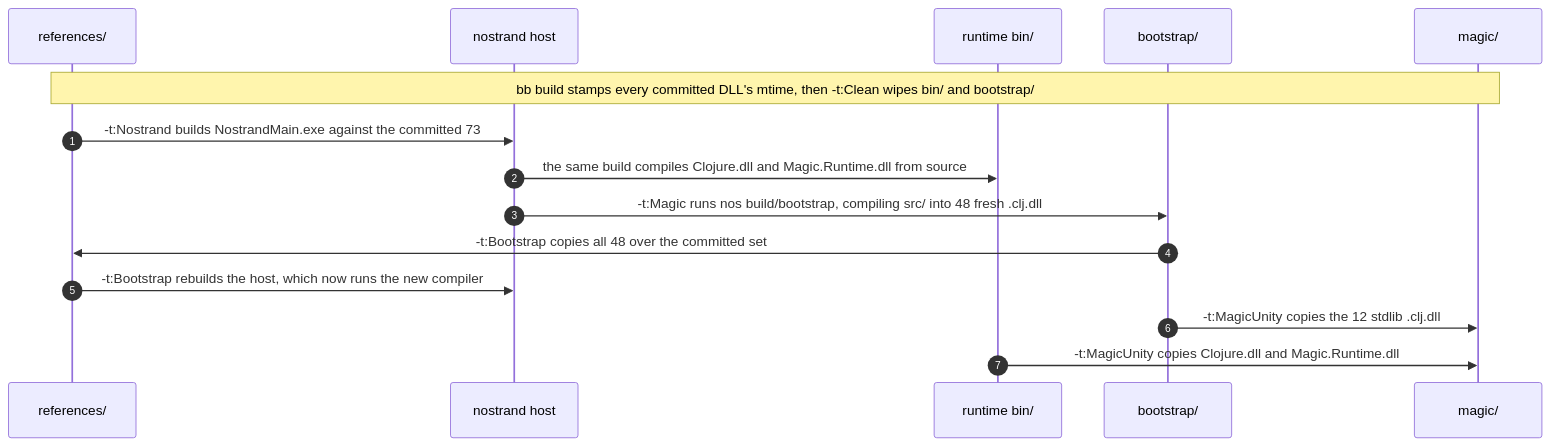
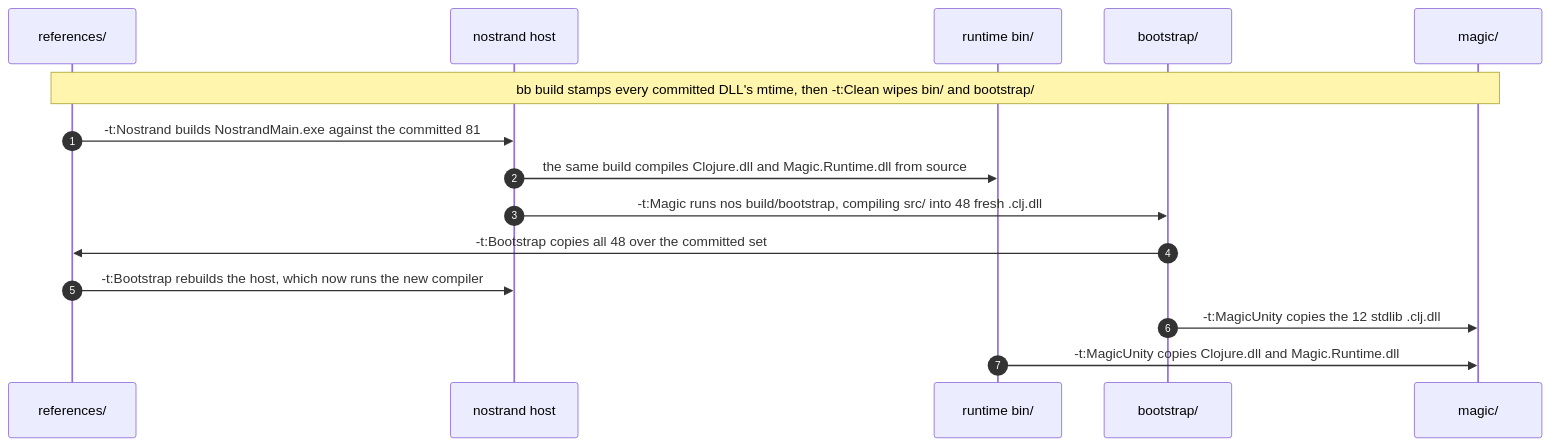
The second of 6 diagrams in docs/bootstrap.md (flybot-sg/magic), drawn with Mermaid before and after one commit. The commit also changed other lines of this file and 21 other files, not shown here.

First line of the commit message:
perf(nostrand): ship nostrand's own namespaces as committed DLLs (#183)

````diff
--- a/docs/bootstrap.md
+++ b/docs/bootstrap.md
@@ -97,18 +65,18 @@
 ```mermaid
 sequenceDiagram
     autonumber
     participant refs as references/
     participant host as nostrand host
     participant rt as runtime bin/
     participant boot as bootstrap/
     participant exp as magic/
 
     Note over refs,exp: bb build stamps every committed DLL's mtime, then -t:Clean wipes bin/ and bootstrap/
-    refs->>host: -t:Nostrand builds NostrandMain.exe against the committed 73
+    refs->>host: -t:Nostrand builds NostrandMain.exe against the committed 81
     host->>rt: the same build compiles Clojure.dll and Magic.Runtime.dll from source
     host->>boot: -t:Magic runs nos build/bootstrap, compiling src/ into 48 fresh .clj.dll
     boot->>refs: -t:Bootstrap copies all 48 over the committed set
     refs->>host: -t:Bootstrap rebuilds the host, which now runs the new compiler
     boot->>exp: -t:MagicUnity copies the 12 stdlib .clj.dll
     rt->>exp: -t:MagicUnity copies Clojure.dll and Magic.Runtime.dll
 ```
````
